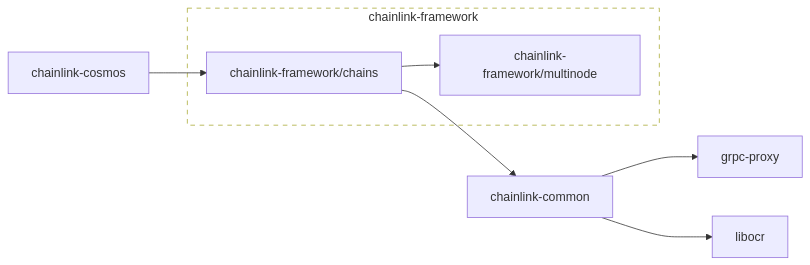
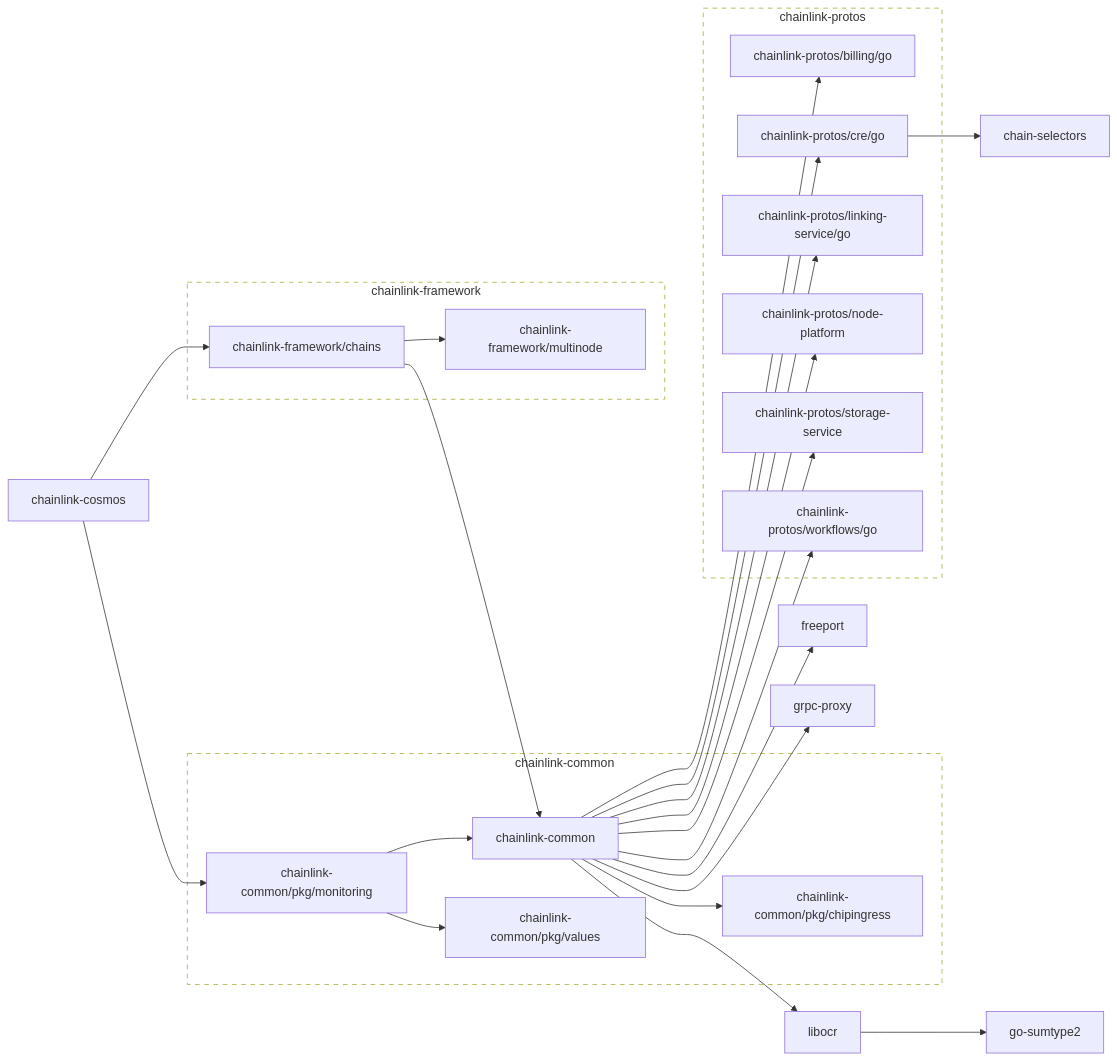
One commit to smartcontractkit/chainlink-cosmos changed the first of 2 diagrams in go.md. Above: the diagram before and after it, drawn with Mermaid. The commit also changed other lines of this file and 49 other files, not shown here.

````diff
--- a/go.md
+++ b/go.md
@@ -3,27 +3,79 @@
 ```mermaid
 flowchart LR
 
+	chain-selectors
+	click chain-selectors href "https://github.com/smartcontractkit/chain-selectors"
+	chainlink-common --> chainlink-common/pkg/chipingress
+	chainlink-common --> chainlink-protos/billing/go
+	chainlink-common --> chainlink-protos/cre/go
+	chainlink-common --> chainlink-protos/linking-service/go
+	chainlink-common --> chainlink-protos/node-platform
+	chainlink-common --> chainlink-protos/storage-service
+	chainlink-common --> chainlink-protos/workflows/go
+	chainlink-common --> freeport
 	chainlink-common --> grpc-proxy
 	chainlink-common --> libocr
 	click chainlink-common href "https://github.com/smartcontractkit/chainlink-common"
+	chainlink-common/pkg/chipingress
+	click chainlink-common/pkg/chipingress href "https://github.com/smartcontractkit/chainlink-common"
+	chainlink-common/pkg/monitoring --> chainlink-common
+	chainlink-common/pkg/monitoring --> chainlink-common/pkg/values
+	click chainlink-common/pkg/monitoring href "https://github.com/smartcontractkit/chainlink-common"
+	chainlink-common/pkg/values
+	click chainlink-common/pkg/values href "https://github.com/smartcontractkit/chainlink-common"
+	chainlink-cosmos --> chainlink-common/pkg/monitoring
 	chainlink-cosmos --> chainlink-framework/chains
 	click chainlink-cosmos href "https://github.com/smartcontractkit/chainlink-cosmos"
 	chainlink-framework/chains --> chainlink-common
 	chainlink-framework/chains --> chainlink-framework/multinode
 	click chainlink-framework/chains href "https://github.com/smartcontractkit/chainlink-framework"
 	chainlink-framework/multinode
 	click chainlink-framework/multinode href "https://github.com/smartcontractkit/chainlink-framework"
+	chainlink-protos/billing/go
+	click chainlink-protos/billing/go href "https://github.com/smartcontractkit/chainlink-protos"
+	chainlink-protos/cre/go --> chain-selectors
+	click chainlink-protos/cre/go href "https://github.com/smartcontractkit/chainlink-protos"
+	chainlink-protos/linking-service/go
+	click chainlink-protos/linking-service/go href "https://github.com/smartcontractkit/chainlink-protos"
+	chainlink-protos/node-platform
+	click chainlink-protos/node-platform href "https://github.com/smartcontractkit/chainlink-protos"
+	chainlink-protos/storage-service
+	click chainlink-protos/storage-service href "https://github.com/smartcontractkit/chainlink-protos"
+	chainlink-protos/workflows/go
+	click chainlink-protos/workflows/go href "https://github.com/smartcontractkit/chainlink-protos"
+	freeport
+	click freeport href "https://github.com/smartcontractkit/freeport"
+	go-sumtype2
+	click go-sumtype2 href "https://github.com/smartcontractkit/go-sumtype2"
 	grpc-proxy
 	click grpc-proxy href "https://github.com/smartcontractkit/grpc-proxy"
-	libocr
+	libocr --> go-sumtype2
 	click libocr href "https://github.com/smartcontractkit/libocr"
+
+	subgraph chainlink-common-repo[chainlink-common]
+		 chainlink-common
+		 chainlink-common/pkg/chipingress
+		 chainlink-common/pkg/monitoring
+		 chainlink-common/pkg/values
+	end
+	click chainlink-common-repo href "https://github.com/smartcontractkit/chainlink-common"
 
 	subgraph chainlink-framework-repo[chainlink-framework]
 		 chainlink-framework/chains
 		 chainlink-framework/multinode
 	end
 	click chainlink-framework-repo href "https://github.com/smartcontractkit/chainlink-framework"
 
+	subgraph chainlink-protos-repo[chainlink-protos]
+		 chainlink-protos/billing/go
+		 chainlink-protos/cre/go
+		 chainlink-protos/linking-service/go
+		 chainlink-protos/node-platform
+		 chainlink-protos/storage-service
+		 chainlink-protos/workflows/go
+	end
+	click chainlink-protos-repo href "https://github.com/smartcontractkit/chainlink-protos"
+
 	classDef outline stroke-dasharray:6,fill:none;
-	class chainlink-framework-repo outline
+	class chainlink-common-repo,chainlink-framework-repo,chainlink-protos-repo outline
 ```
````
